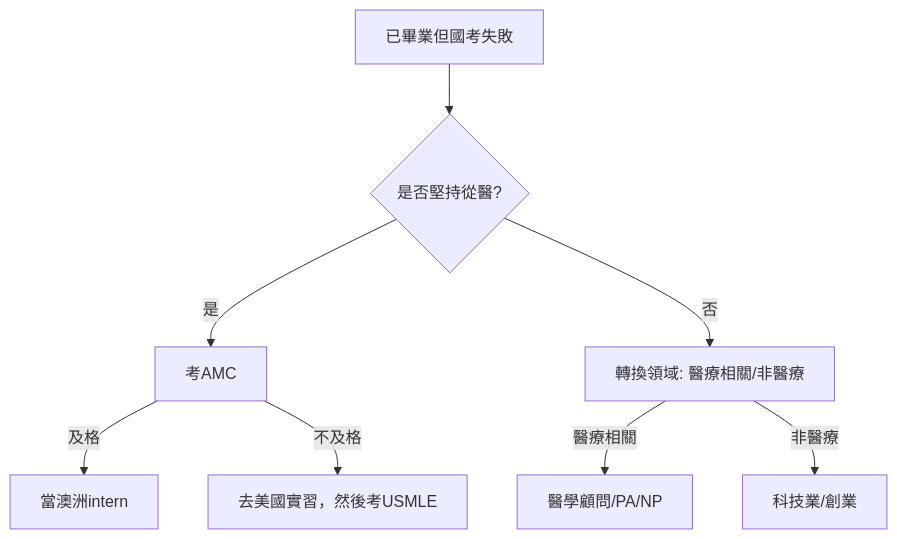
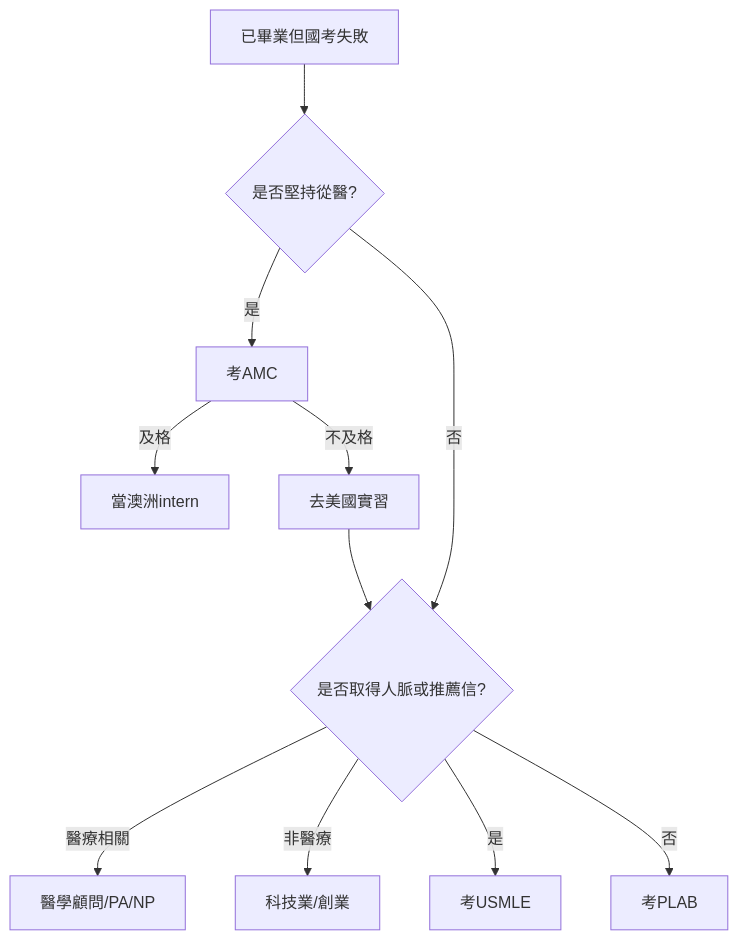
The first of 3 diagrams in README.md (BruceChen034020/2025TWMLE), drawn with Mermaid before and after one commit. The commit also changed other lines of this file, not shown here.

````diff
--- a/README.md
+++ b/README.md
@@ -907,10 +907,13 @@
 ```mermaid
 graph TD
     A[已畢業但國考失敗] --> B{是否堅持從醫?}
     B -->|是| C[考AMC]
     C -->|及格| D[當澳洲intern]
-    C -->|不及格| E[去美國實習，然後考USMLE]
+    C -->|不及格| E[去美國實習]
     B -->|否| F[轉換領域: 醫療相關/非醫療]
     F -->|醫療相關| G[醫學顧問/PA/NP]
     F -->|非醫療| H[科技業/創業]
+    E --> F{是否取得人脈或推薦信?}
+    F --> |是| I[考USMLE]
+    F --> |否| J[考PLAB]
 ```
````
